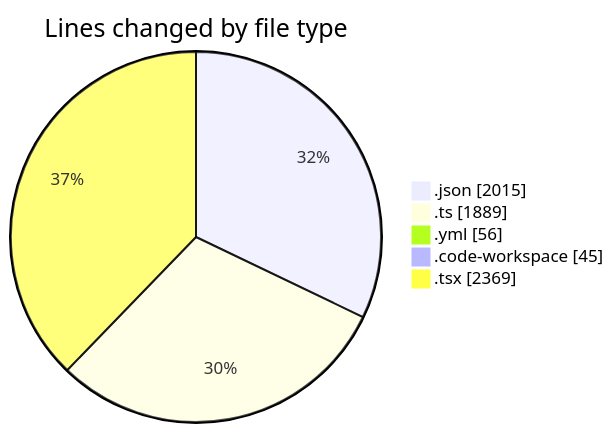
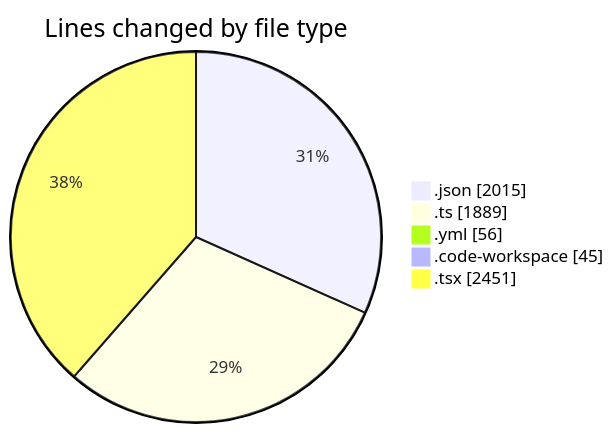
The first of 2 diagrams in 2025-11-25/eventscop-frontend-guide__workspace_/README.md (julien-gomy/code-tracking), drawn with Mermaid before and after one commit. The commit also changed other lines of this file and 1 other file, not shown here.

````diff
--- a/2025-11-25/eventscop-frontend-guide__workspace_/README.md
+++ b/2025-11-25/eventscop-frontend-guide__workspace_/README.md
@@ -43,9 +44,9 @@
 ```mermaid
 pie showData
 title Lines changed by file type
 ".json" : 2015
 ".ts" : 1889
 ".yml" : 56
 ".code-workspace" : 45
-".tsx" : 2369
+".tsx" : 2451
 ```
````
